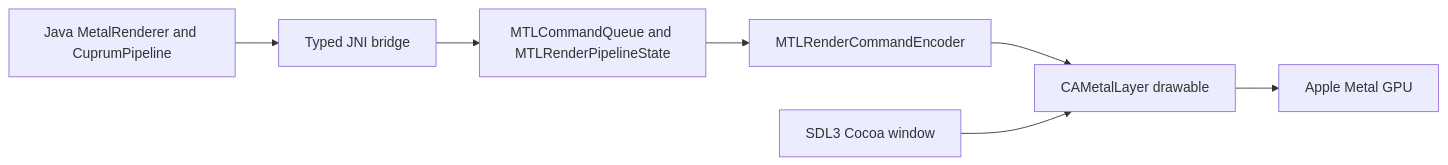
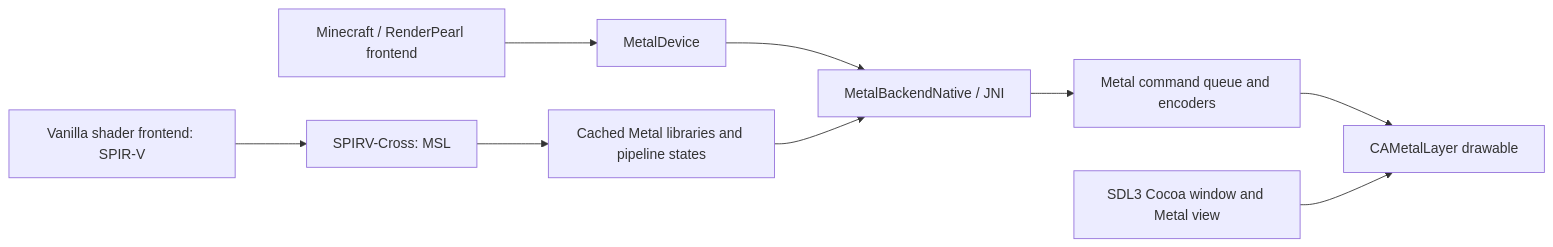
The diagram in docs/architecture.md (krishcpatel/cuprum), drawn with Mermaid before and after one commit. The commit also changed other lines of this file and 14 other files, not shown here.

````diff
--- a/docs/architecture.md
+++ b/docs/architecture.md
@@ -5,9 +3,11 @@
 ```mermaid
 flowchart LR
-    A[Java MetalRenderer and CuprumPipeline] --> B[Typed JNI bridge]
-    B --> C[MTLCommandQueue and MTLRenderPipelineState]
-    C --> D[MTLRenderCommandEncoder]
-    D --> E[CAMetalLayer drawable]
-    E --> F[Apple Metal GPU]
-    G[SDL3 Cocoa window] --> E
+    MC[Minecraft / RenderPearl frontend] --> D[MetalDevice]
+    SPV[Vanilla shader frontend: SPIR-V] --> MSL[SPIRV-Cross: MSL]
+    MSL --> PSO[Cached Metal libraries and pipeline states]
+    D --> JNI[MetalBackendNative / JNI]
+    PSO --> JNI
+    JNI --> GPU[Metal command queue and encoders]
+    GPU --> S[CAMetalLayer drawable]
+    SDL[SDL3 Cocoa window and Metal view] --> S
 ```
````
